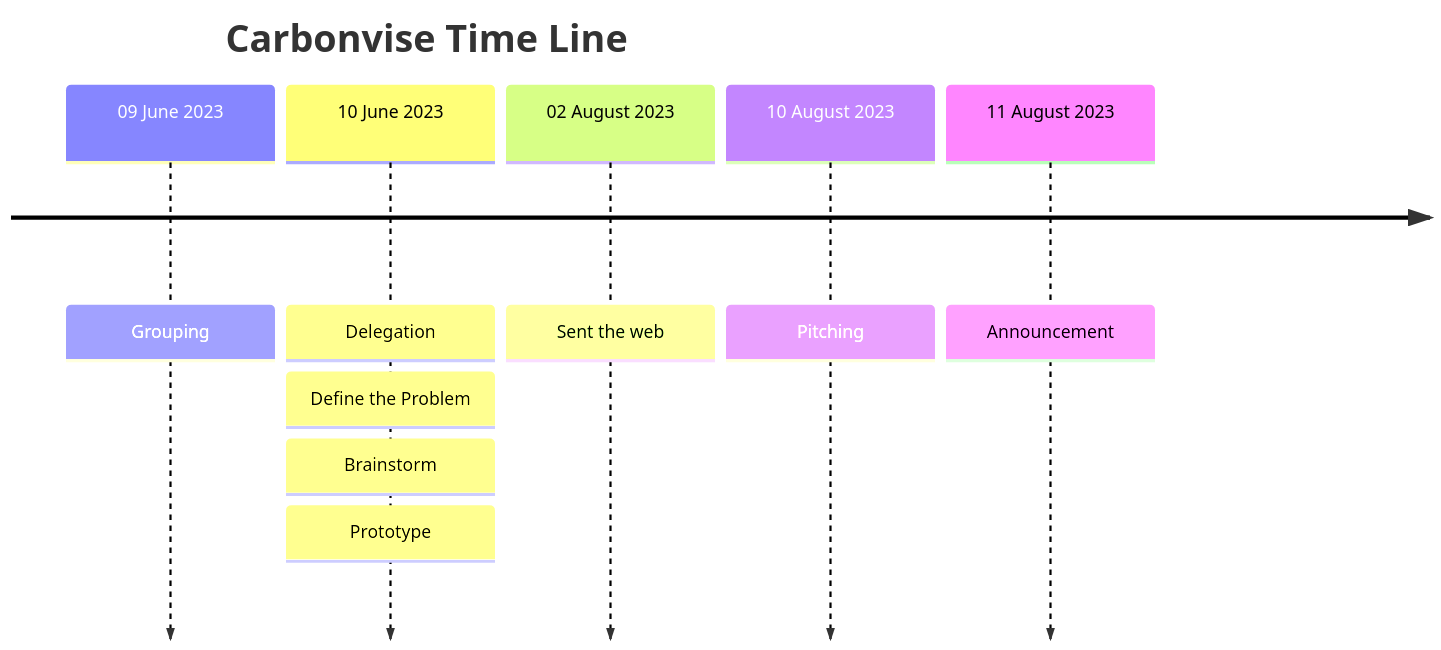
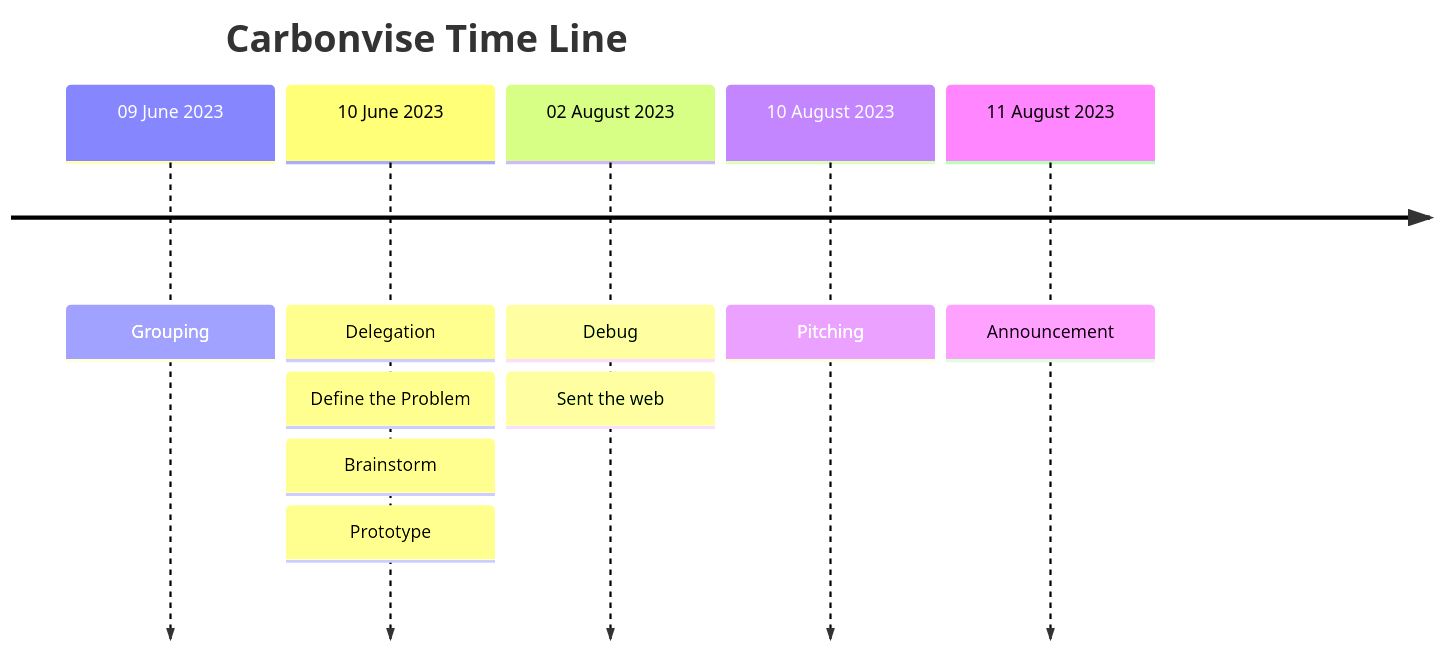
The diagram in README.md (Gannub/Carbonvise-CEP-contest-2023), drawn with Mermaid before and after one commit.

````diff
--- a/README.md
+++ b/README.md
@@ -9,12 +9,13 @@
 ```mermaid
 timeline
     title Carbonvise Time Line
     09 June 2023 : Grouping
     10 June 2023 : Delegation
         : Define the Problem
         : Brainstorm
         : Prototype
-    02 August 2023 : Sent the web
+    02 August 2023 : Debug
+        : Sent the web
     10 August 2023 : Pitching
     11 August 2023 : Announcement
 ```
````
